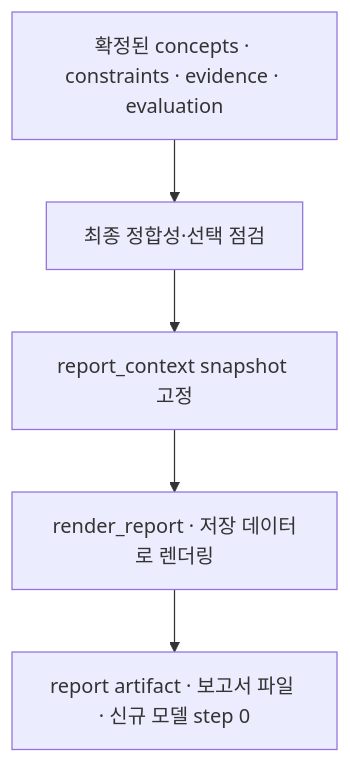
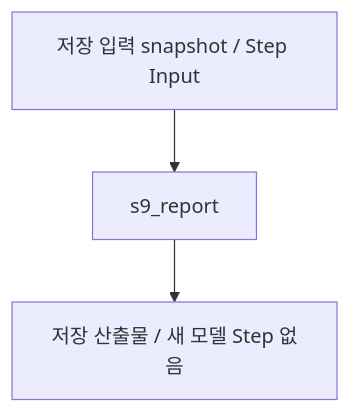
Before and after one commit to equipment0226/triz_backend: the diagram in docs/sample-data/rotation-serial-latest/stages/12-s9-report.md, drawn with Mermaid. The commit also changed other lines of this file and 1606 other files, not shown here.

````diff
--- a/docs/sample-data/rotation-serial-latest/stages/12-s9-report.md
+++ b/docs/sample-data/rotation-serial-latest/stages/12-s9-report.md
@@ -9,7 +11,5 @@
 ```mermaid
 flowchart TD
-    I["확정된 concepts · constraints · evidence · evaluation"] --> S["최종 정합성·선택 점검"]
-    S --> C["report_context snapshot 고정"]
-    C --> R["render_report · 저장 데이터로 렌더링"]
-    R --> O["report artifact · 보고서 파일 · 신규 모델 step 0"]
+    I["저장 입력 snapshot / Step Input"] --> S["s9_report"]
+    S --> O["저장 산출물 / 새 모델 Step 없음"]
 ```
````
